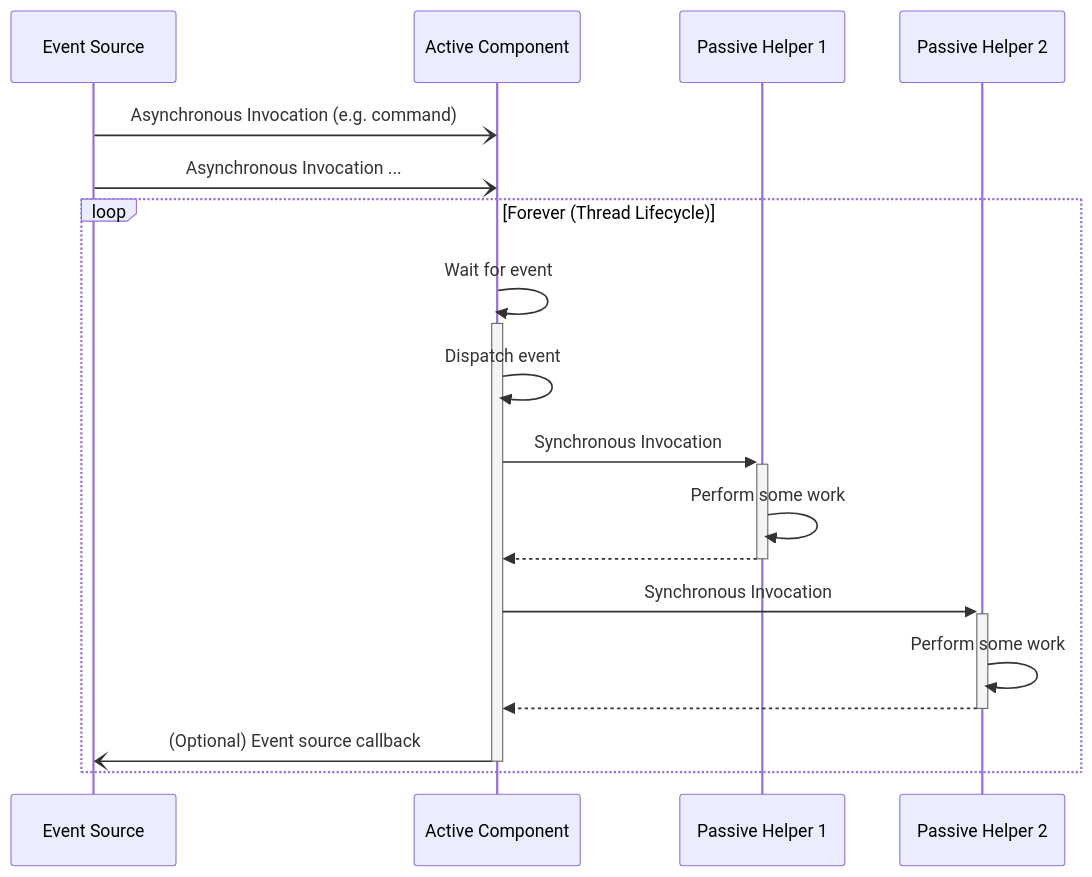
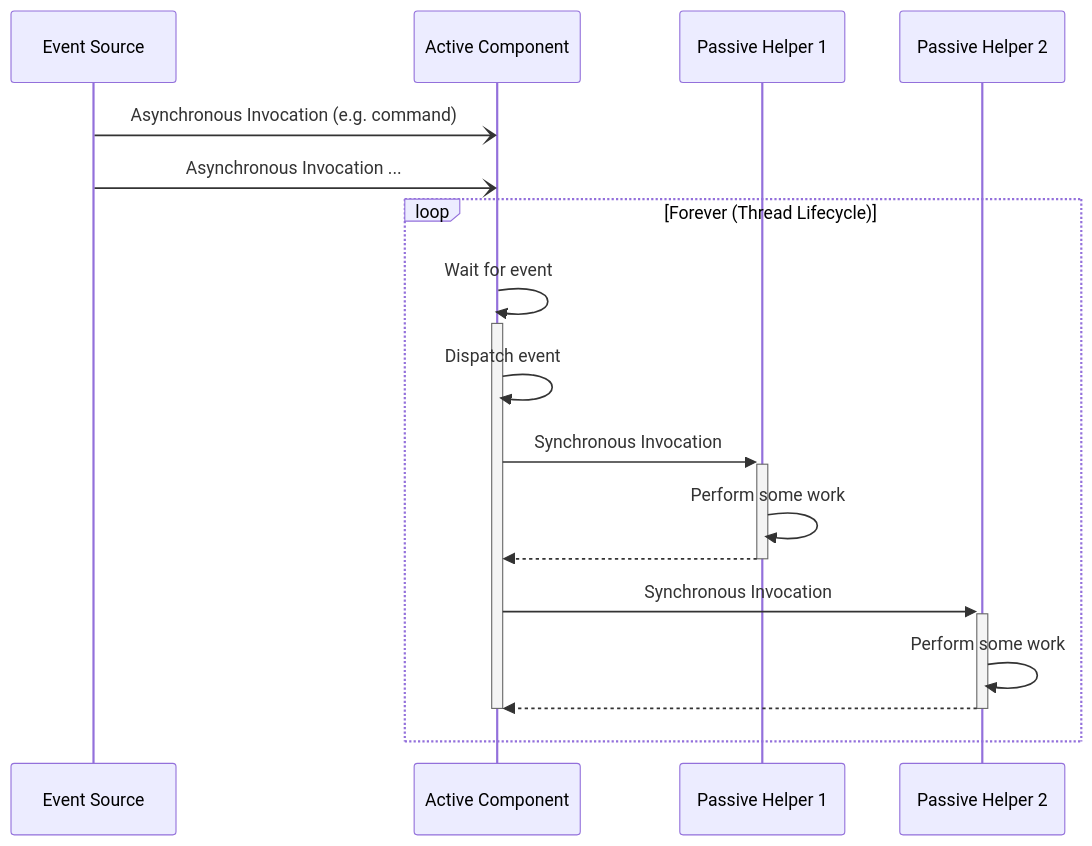
The sixth of 7 diagrams in docs/user-manual/framework/component-and-port-selection.md (nasa/fprime), drawn with Mermaid before and after one commit. The commit also changed other lines of this file and 1 other file, not shown here.

````diff
--- a/docs/user-manual/framework/component-and-port-selection.md
+++ b/docs/user-manual/framework/component-and-port-selection.md
@@ -172,22 +191,24 @@
 ```mermaid
 sequenceDiagram
     participant E as Event Source
     participant C1 as Active Component
     participant H1 as Passive Helper 1
     participant H2 as Passive Helper 2
 
     E-)C1: Asynchronous Invocation (e.g. command)
     E-)C1: Asynchronous Invocation ...
 
     loop Forever (Thread Lifecycle)
         C1->>+C1: Wait for event
         C1->>C1: Dispatch event
         C1->>+H1: Synchronous Invocation
         H1->>H1: Perform some work
-        H1-->>-C1:
+        H1-->>C1:
+        deactivate H1
         C1->>+H2: Synchronous Invocation
         H2->>H2: Perform some work
-        H2-->>-C1:
-        C1-)-E: (Optional) Event source callback
+        H2-->>C1:
+        deactivate H2
+        deactivate C1
     end
 ```
````
